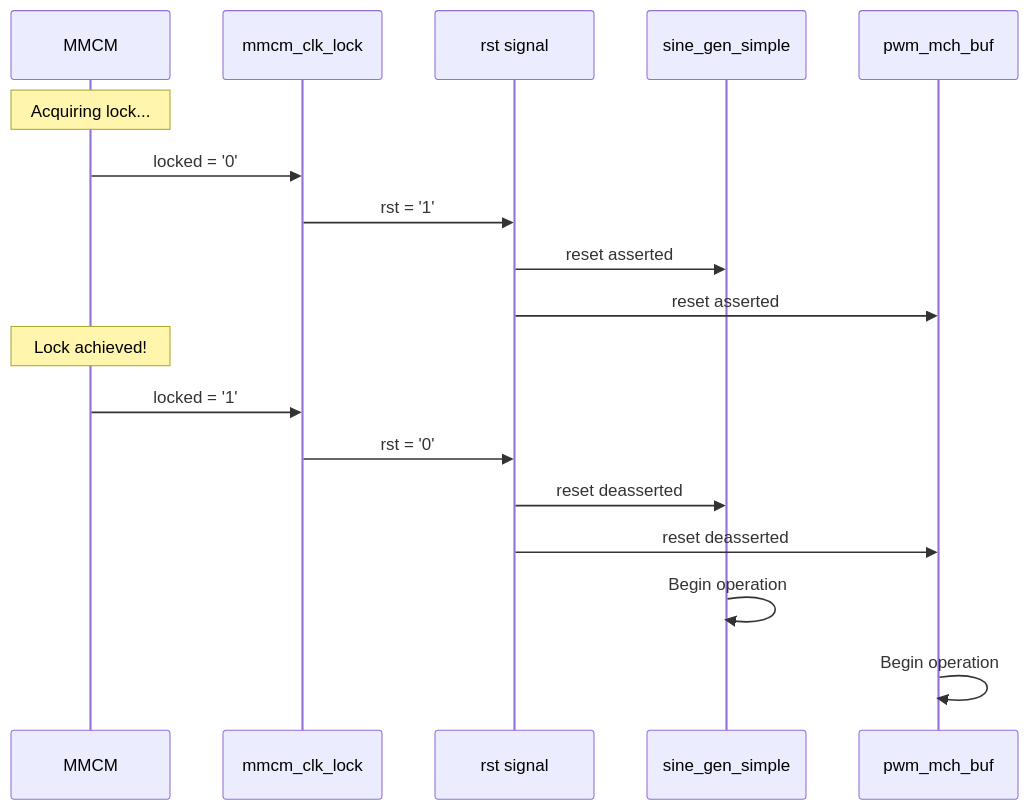
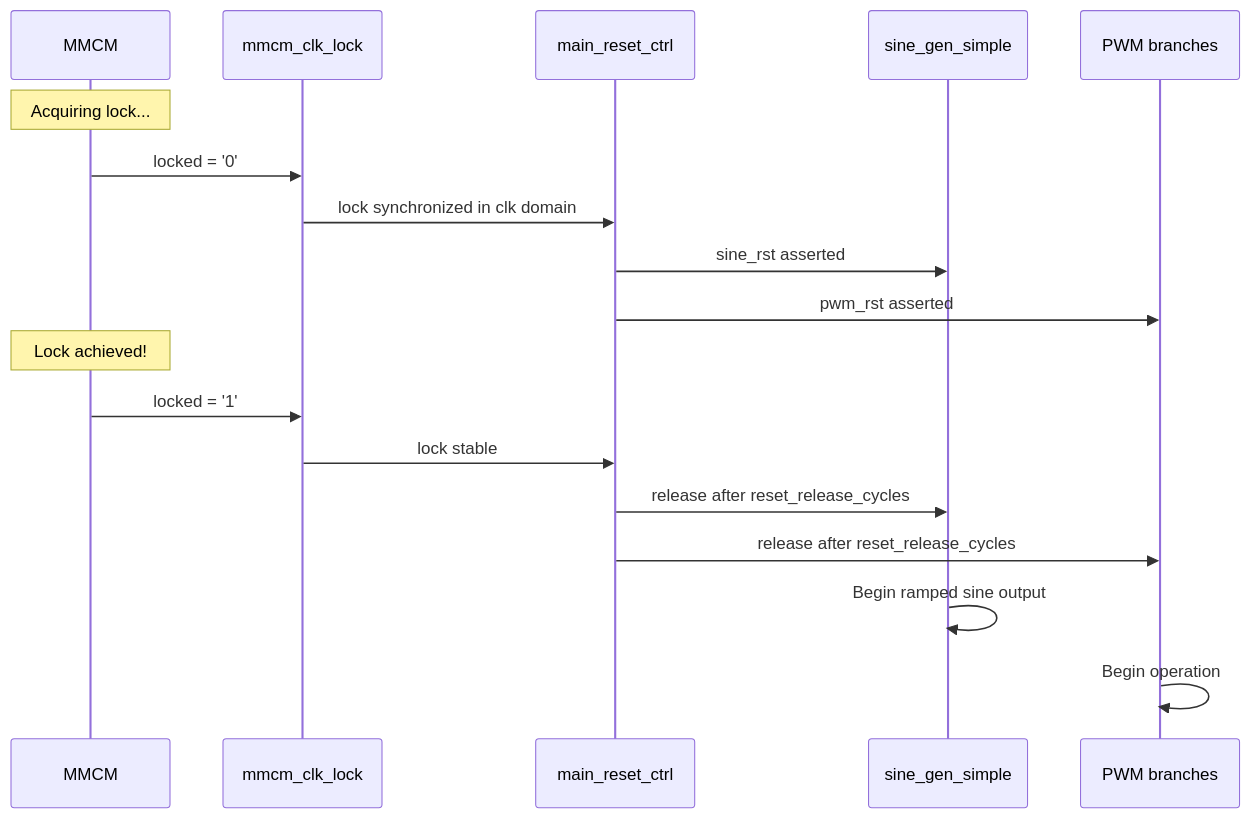
The third of 3 diagrams in docs/architecture/clock_domains.md (ekazakov1507/pwm_demo), drawn with Mermaid before and after one commit. The commit also changed other lines of this file and 10 other files, not shown here.

````diff
--- a/docs/architecture/clock_domains.md
+++ b/docs/architecture/clock_domains.md
@@ -193,23 +190,23 @@
 ```mermaid
 sequenceDiagram
     participant MMCM
     participant LOCK as mmcm_clk_lock
-    participant RST as rst signal
+    participant CTRL as main_reset_ctrl
     participant SINE as sine_gen_simple
-    participant PWM as pwm_mch_buf
+    participant PWM as PWM branches
 
     Note over MMCM: Acquiring lock...
     MMCM->>LOCK: locked = '0'
-    LOCK->>RST: rst = '1'
-    RST->>SINE: reset asserted
-    RST->>PWM: reset asserted
+    LOCK->>CTRL: lock synchronized in clk domain
+    CTRL->>SINE: sine_rst asserted
+    CTRL->>PWM: pwm_rst asserted
 
     Note over MMCM: Lock achieved!
     MMCM->>LOCK: locked = '1'
-    LOCK->>RST: rst = '0'
-    RST->>SINE: reset deasserted
-    RST->>PWM: reset deasserted
+    LOCK->>CTRL: lock stable
+    CTRL->>SINE: release after reset_release_cycles
+    CTRL->>PWM: release after reset_release_cycles
 
-    SINE->>SINE: Begin operation
+    SINE->>SINE: Begin ramped sine output
     PWM->>PWM: Begin operation
 ```
````
